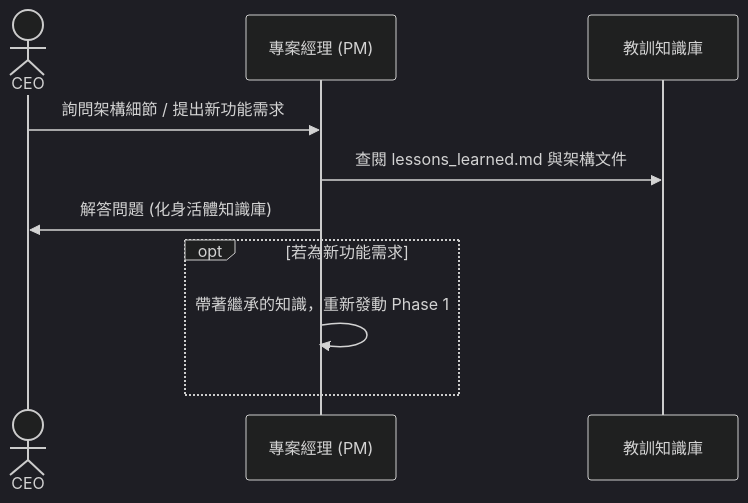
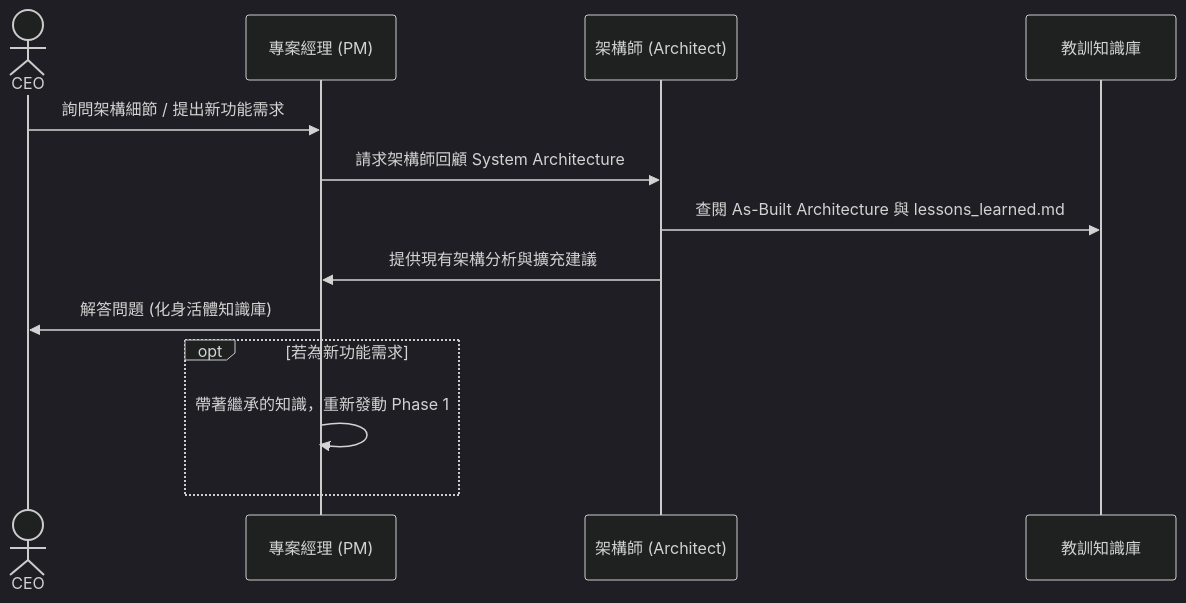
One commit to vip3310495-Johnny/Johnny-project-team-plugin changed the seventh of 8 diagrams in README.md. Above: the diagram before and after it, drawn with Mermaid (dark theme). The commit also changed other lines of this file and 62 other files, not shown here.

````diff
--- a/README.md
+++ b/README.md
@@ -250,12 +250,15 @@
 ```mermaid
 sequenceDiagram
     actor CEO
     participant PM as 專案經理 (PM)
+    participant Arch as 架構師 (Architect)
     participant KB as 教訓知識庫
     CEO->>PM: 詢問架構細節 / 提出新功能需求
-    PM->>KB: 查閱 lessons_learned.md 與架構文件
+    PM->>Arch: 請求架構師回顧 System Architecture
+    Arch->>KB: 查閱 As-Built Architecture 與 lessons_learned.md
+    Arch->>PM: 提供現有架構分析與擴充建議
     PM->>CEO: 解答問題 (化身活體知識庫)
     opt 若為新功能需求
         PM->>PM: 帶著繼承的知識，重新發動 Phase 1
     end
 ```
````
